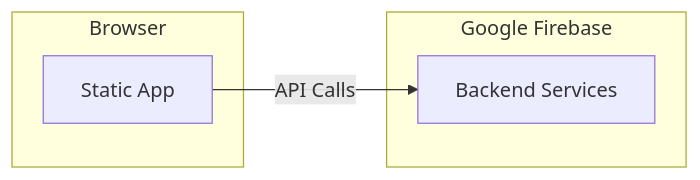
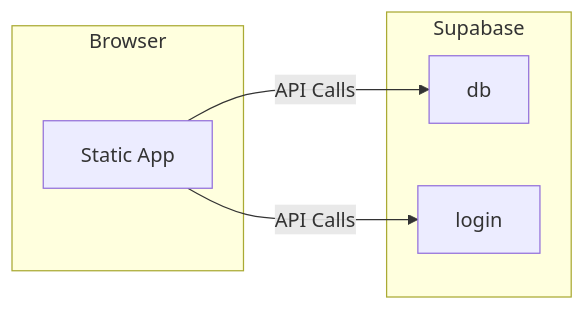
The first of 2 diagrams in instruction/staticDeployment/staticDeployment.md (devops329/devops), drawn with Mermaid before and after one commit. The commit also changed other lines of this file, not shown here.

````diff
--- a/instruction/staticDeployment/staticDeployment.md
+++ b/instruction/staticDeployment/staticDeployment.md
@@ -55,9 +46,10 @@
 ```mermaid
 graph LR;
     subgraph Browser
     app[Static App]
     end
-    subgraph Google Firebase
-    app-->|API Calls|firebase[Backend Services]
+    subgraph Supabase
+    app-->|API Calls|db
+    app-->|API Calls|login
     end
 ```
````
